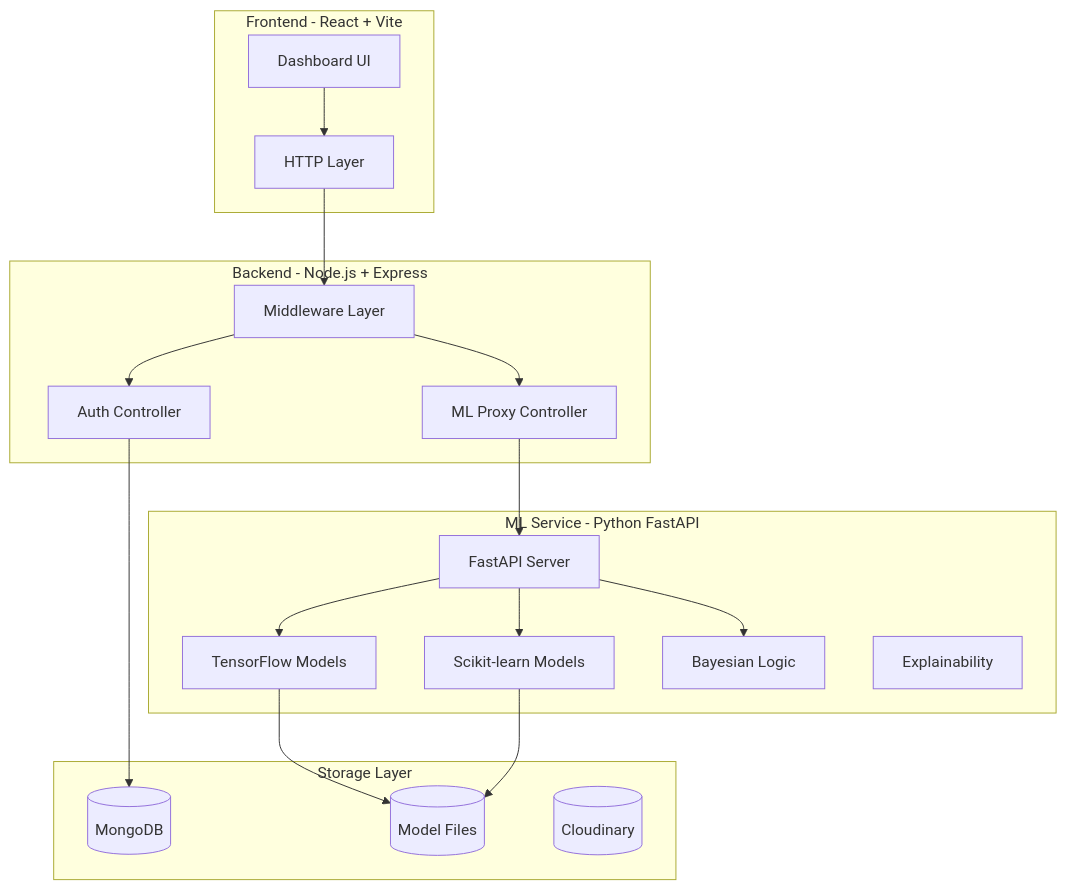
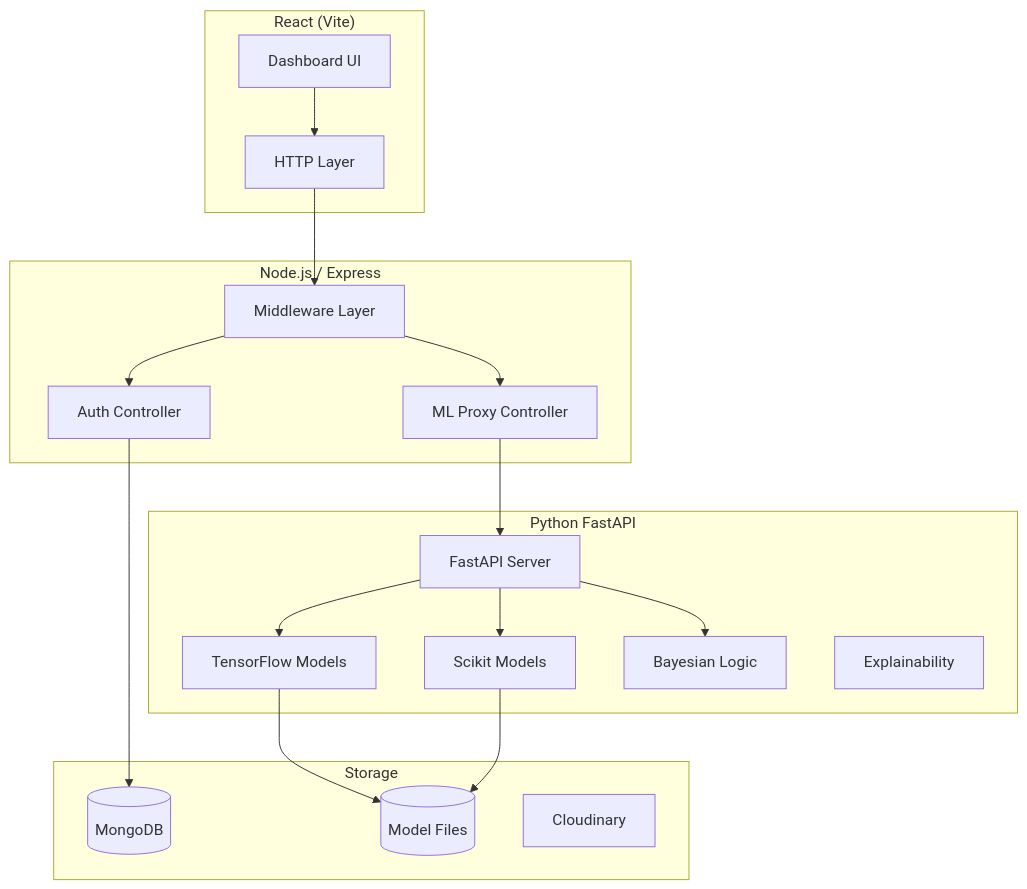
The diagram in readme.md (rrrsahil/udhyog_4.0), drawn with Mermaid before and after one commit.

Commit message:
readme.md file updated with new content.

````diff
--- a/readme.md
+++ b/readme.md
@@ -53,43 +53,49 @@
 ```mermaid
 graph TD
 
-    subgraph Frontend["Frontend - React + Vite"]
+    %% -------- FRONTEND --------
+    subgraph Frontend["React (Vite)"]
         UI["Dashboard UI"]
         Axios["HTTP Layer"]
     end
 
-    subgraph Backend["Backend - Node.js + Express"]
+    %% -------- BACKEND --------
+    subgraph Backend["Node.js / Express"]
         Express["Middleware Layer"]
         Auth["Auth Controller"]
         Broker["ML Proxy Controller"]
     end
 
-    subgraph ML["ML Service - Python FastAPI"]
+    %% -------- ML SERVICE --------
+    subgraph ML["Python FastAPI"]
         API["FastAPI Server"]
         TF["TensorFlow Models"]
-        SK["Scikit-learn Models"]
+        SK["Scikit Models"]
         Bayes["Bayesian Logic"]
         SHAP["Explainability"]
     end
 
-    subgraph DB["Storage Layer"]
+    %% -------- DATABASE --------
+    subgraph DB["Storage"]
         Mongo[("MongoDB")]
         Files[("Model Files")]
-        Cloud[("Cloudinary")]
+        Cloud["Cloudinary"]
     end
 
+    %% -------- FLOW --------
     UI --> Axios
     Axios --> Express
+
     Express --> Auth
     Auth --> Mongo
 
     Express --> Broker
     Broker --> API
 
     API --> TF
     API --> Bayes
     API --> SK
 
     TF --> Files
     SK --> Files
 ```
````
